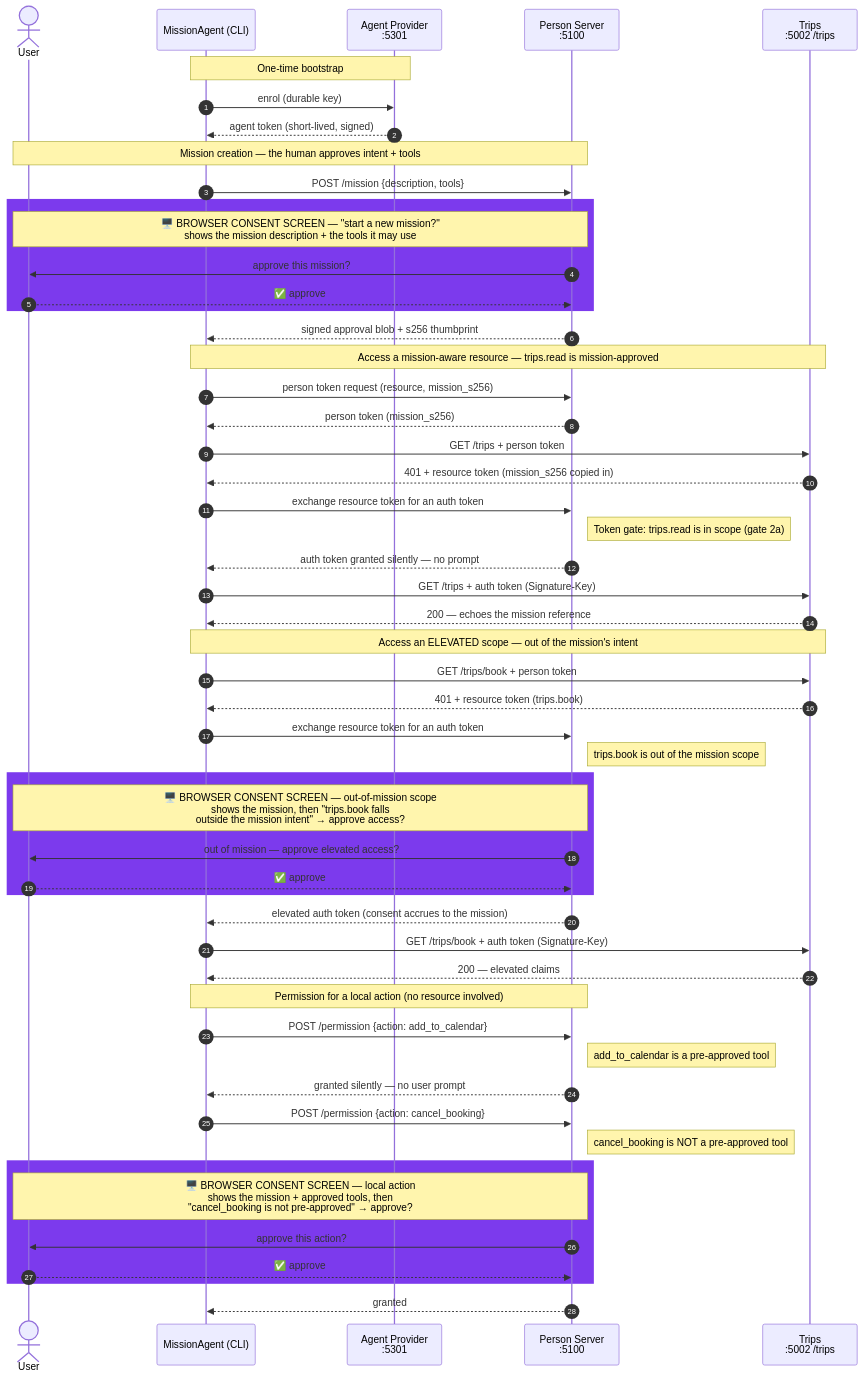
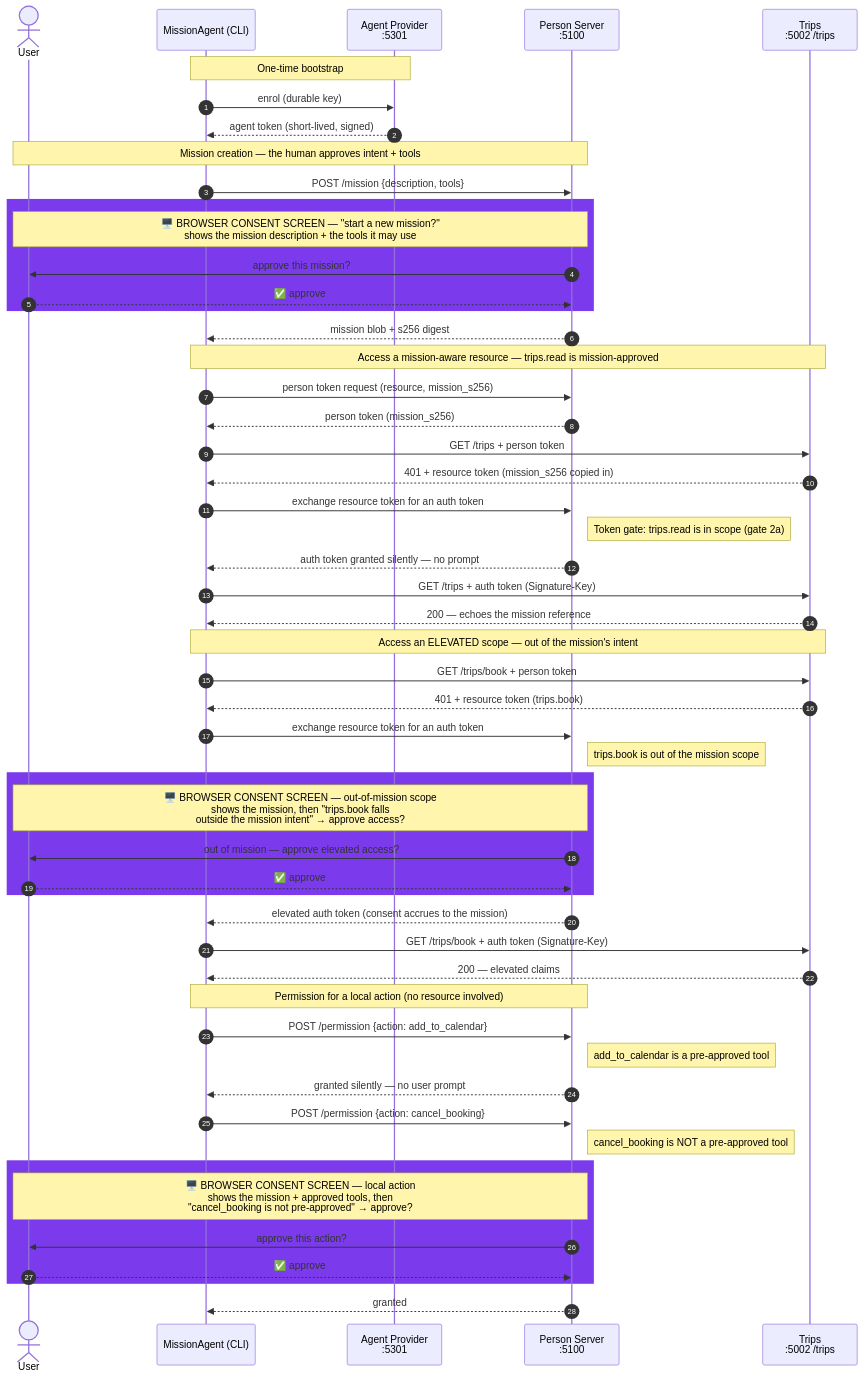
One commit to aauth-dev/dotnet-samples changed the first of 2 diagrams in samples/MissionAgent/README.md. Above: the diagram before and after it, drawn with Mermaid. The commit also changed 40 other files, not shown here.

````diff
--- a/samples/MissionAgent/README.md
+++ b/samples/MissionAgent/README.md
@@ -75,60 +75,60 @@
 ```mermaid
 sequenceDiagram
     autonumber
     actor User
     participant Agent as MissionAgent (CLI)
     participant AP as Agent Provider<br/>:5301
     participant PS as Person Server<br/>:5100
     participant R as Trips<br/>:5002 /trips
 
     Note over Agent,AP: One-time bootstrap
     Agent->>AP: enrol (durable key)
     AP-->>Agent: agent token (short-lived, signed)
 
     Note over User,PS: Mission creation — the human approves intent + tools
     Agent->>PS: POST /mission {description, tools}
     rect rgb(124, 58, 237)
         Note over User,PS: 🖥️ BROWSER CONSENT SCREEN — "start a new mission?"<br/>shows the mission description + the tools it may use
         PS->>User: approve this mission?
         User-->>PS: ✅ approve
     end
-    PS-->>Agent: signed approval blob + s256 thumbprint
+    PS-->>Agent: mission blob + s256 digest
 
     Note over Agent,R: Access a mission-aware resource — trips.read is mission-approved
     Agent->>PS: person token request (resource, mission_s256)
     PS-->>Agent: person token (mission_s256)
     Agent->>R: GET /trips + person token
     R-->>Agent: 401 + resource token (mission_s256 copied in)
     Agent->>PS: exchange resource token for an auth token
     Note right of PS: Token gate: trips.read is in scope (gate 2a)
     PS-->>Agent: auth token granted silently — no prompt
     Agent->>R: GET /trips + auth token (Signature-Key)
     R-->>Agent: 200 — echoes the mission reference
 
     Note over Agent,R: Access an ELEVATED scope — out of the mission's intent
     Agent->>R: GET /trips/book + person token
     R-->>Agent: 401 + resource token (trips.book)
     Agent->>PS: exchange resource token for an auth token
     Note right of PS: trips.book is out of the mission scope
     rect rgb(124, 58, 237)
         Note over User,PS: 🖥️ BROWSER CONSENT SCREEN — out-of-mission scope<br/>shows the mission, then "trips.book falls<br/>outside the mission intent" → approve access?
         PS->>User: out of mission — approve elevated access?
         User-->>PS: ✅ approve
     end
     PS-->>Agent: elevated auth token (consent accrues to the mission)
     Agent->>R: GET /trips/book + auth token (Signature-Key)
     R-->>Agent: 200 — elevated claims
 
     Note over Agent,PS: Permission for a local action (no resource involved)
     Agent->>PS: POST /permission {action: add_to_calendar}
     Note right of PS: add_to_calendar is a pre-approved tool
     PS-->>Agent: granted silently — no user prompt
     Agent->>PS: POST /permission {action: cancel_booking}
     Note right of PS: cancel_booking is NOT a pre-approved tool
     rect rgb(124, 58, 237)
         Note over User,PS: 🖥️ BROWSER CONSENT SCREEN — local action<br/>shows the mission + approved tools, then<br/>"cancel_booking is not pre-approved" → approve?
         PS->>User: approve this action?
         User-->>PS: ✅ approve
     end
     PS-->>Agent: granted
 ```
````
